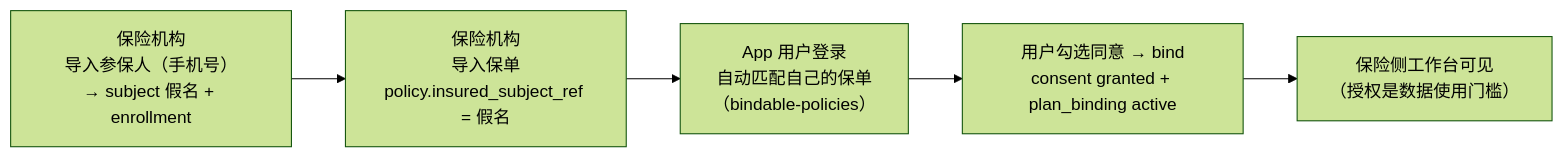
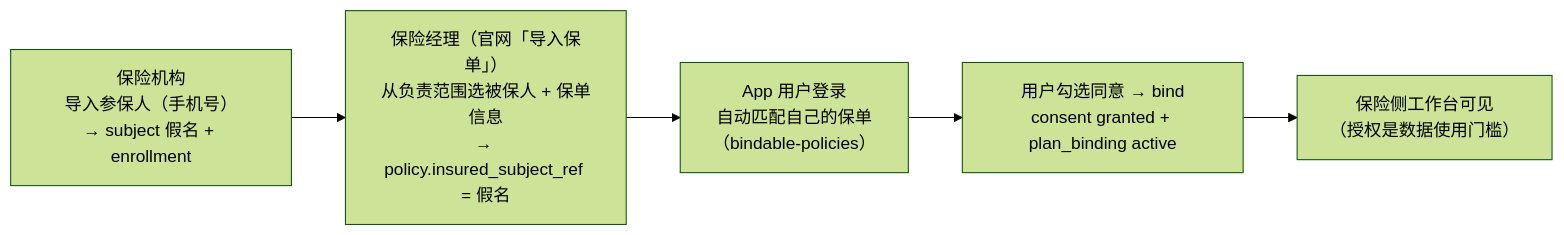
Before and after one commit to wjmlong/rehealth_tongbu: the first of 7 diagrams in docs/保险侧保单创建与派发流程.md, drawn with Mermaid (forest theme). The commit also changed other lines of this file and 13 other files, not shown here.

````diff
--- a/docs/保险侧保单创建与派发流程.md
+++ b/docs/保险侧保单创建与派发流程.md
@@ -21,7 +23,7 @@
 ```mermaid
 flowchart LR
-    A["保险机构<br>导入参保人（手机号）<br>→ subject 假名 + enrollment"] --> B["保险机构<br>导入保单<br>policy.insured_subject_ref = 假名"]
+    A["保险机构<br>导入参保人（手机号）<br>→ subject 假名 + enrollment"] --> B["保险经理（官网「导入保单」）<br>从负责范围选被保人 + 保单信息<br>→ policy.insured_subject_ref = 假名"]
     B --> C["App 用户登录<br>自动匹配自己的保单<br>（bindable-policies）"]
     C --> D["用户勾选同意 → bind<br>consent granted + plan_binding active"]
     D --> E["保险侧工作台可见<br>（授权是数据使用门槛）"]
 ```
````
